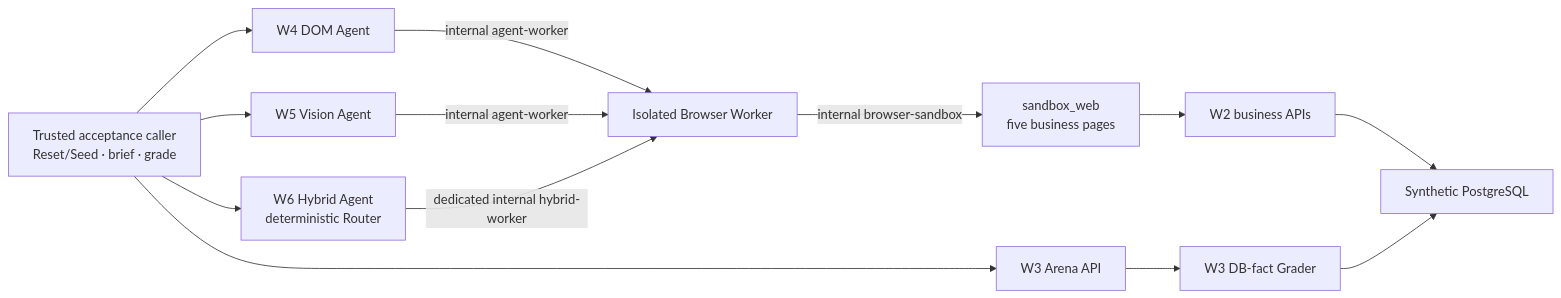
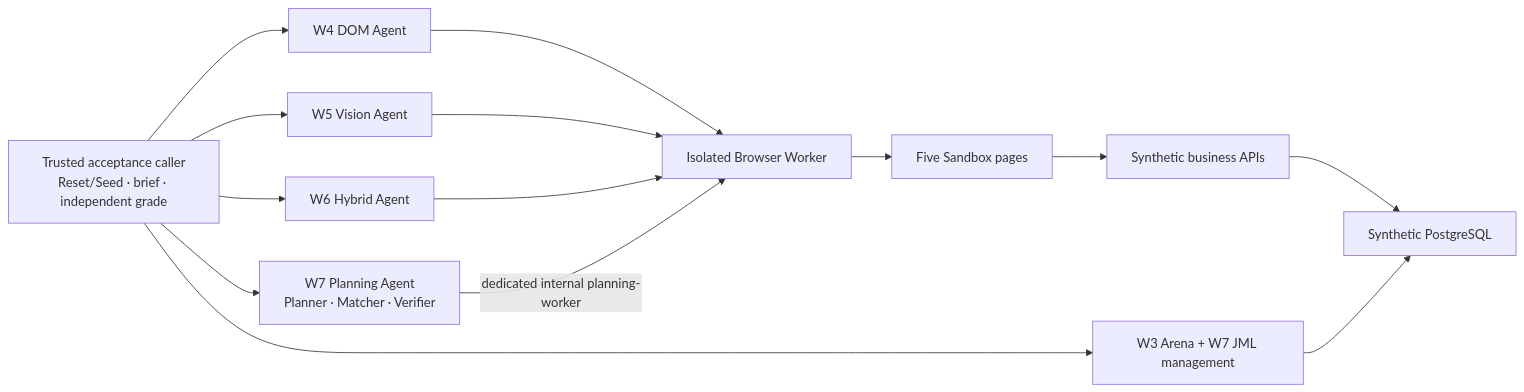
The first of 2 diagrams in docs/architecture.md (taka-wzx/flowpilot-arena), drawn with Mermaid before and after one commit. The commit also changed other lines of this file and 61 other files, not shown here.

```diff
--- a/docs/architecture.md
+++ b/docs/architecture.md
@@ -10,16 +10,16 @@
 ~~~mermaid
 flowchart LR
-    Caller["Trusted acceptance caller<br/>Reset/Seed · brief · grade"] --> Arena["W3 Arena API"]
-    Caller --> DomAgent["W4 DOM Agent"]
-    Caller --> VisionAgent["W5 Vision Agent"]
-    Caller --> HybridAgent["W6 Hybrid Agent<br/>deterministic Router"]
-    DomAgent -->|"internal agent-worker"| Worker["Isolated Browser Worker"]
-    VisionAgent -->|"internal agent-worker"| Worker
-    HybridAgent -->|"dedicated internal hybrid-worker"| Worker
-    Worker -->|"internal browser-sandbox"| Web["sandbox_web<br/>five business pages"]
-    Web --> Business["W2 business APIs"]
-    Arena --> Grader["W3 DB-fact Grader"]
-    Business --> DB["Synthetic PostgreSQL"]
-    Grader --> DB
-
+    Caller["Trusted acceptance caller<br/>Reset/Seed · brief · independent grade"] --> Arena["W3 Arena + W7 JML management"]
+    Caller --> Dom["W4 DOM Agent"]
+    Caller --> Vision["W5 Vision Agent"]
+    Caller --> Hybrid["W6 Hybrid Agent"]
+    Caller --> Planning["W7 Planning Agent<br/>Planner · Matcher · Verifier"]
+    Dom --> Worker["Isolated Browser Worker"]
+    Vision --> Worker
+    Hybrid --> Worker
+    Planning -->|"dedicated internal planning-worker"| Worker
+    Worker --> Web["Five Sandbox pages"]
+    Web --> API["Synthetic business APIs"]
+    API --> DB["Synthetic PostgreSQL"]
+    Arena --> DB
 ~~~
```
